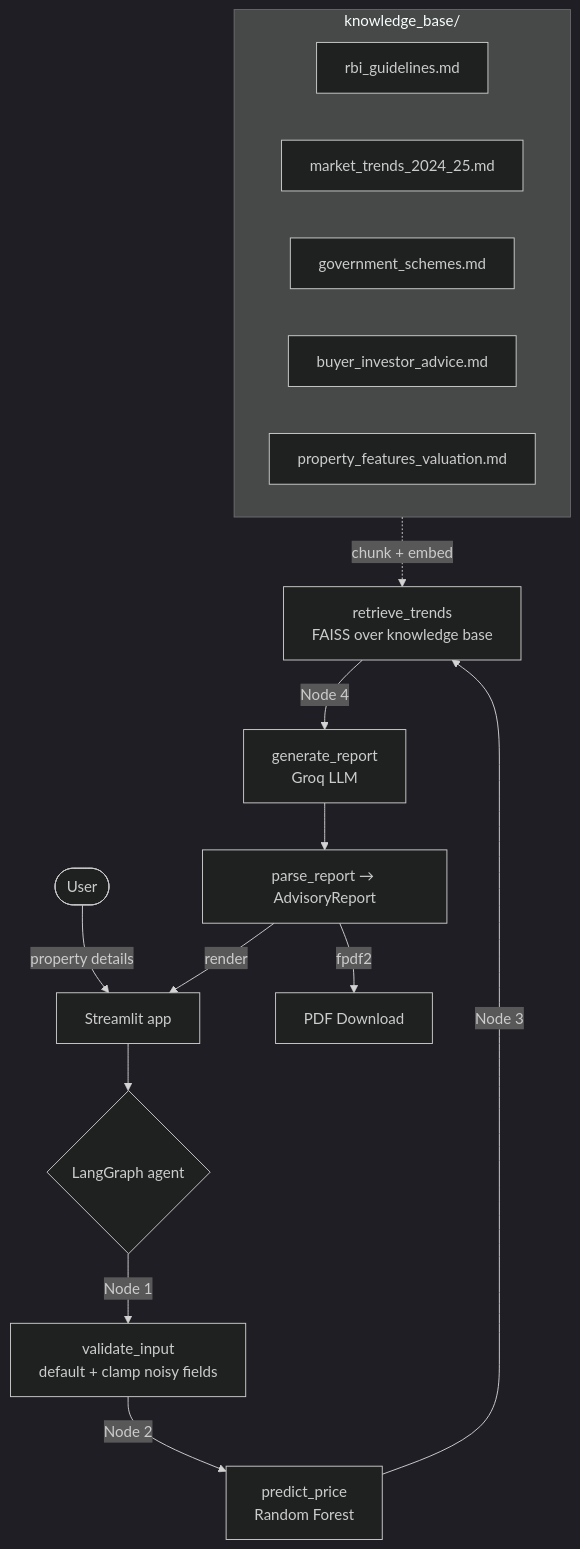
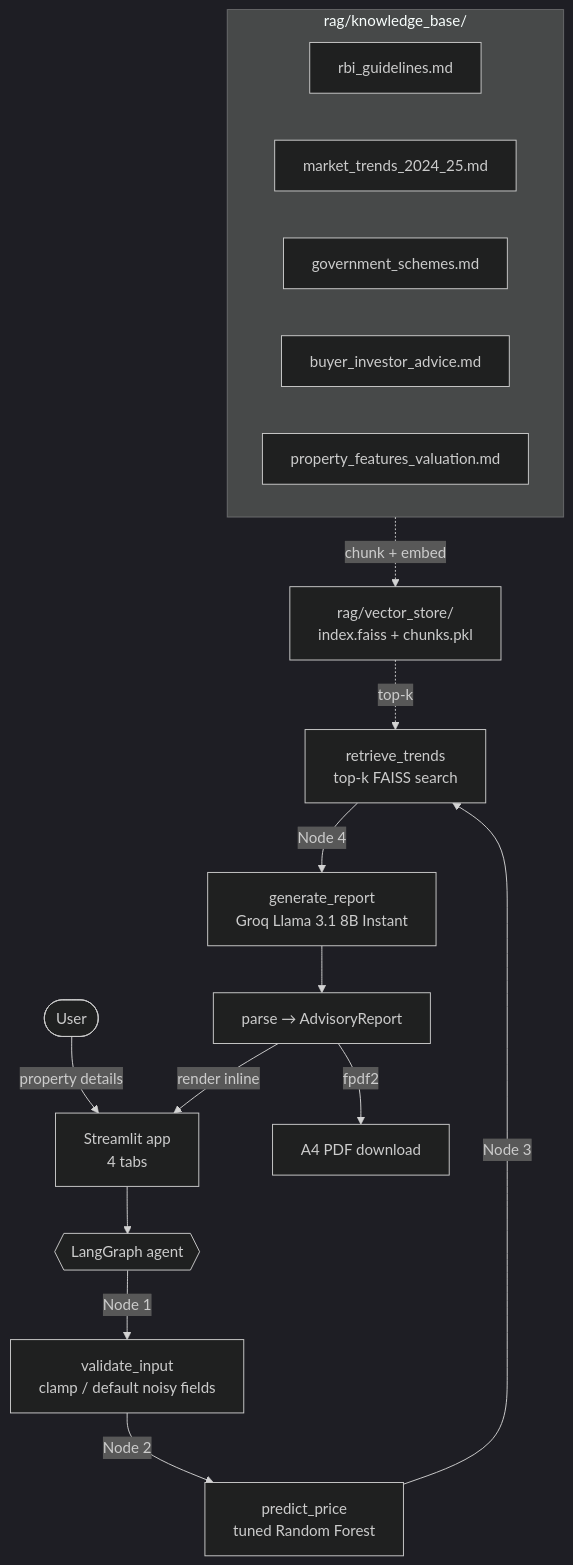
The diagram in README.md (Lex-Ashu/estate-intelligence), drawn with Mermaid (dark theme) before and after one commit. The commit also changed other lines of this file, not shown here.

````diff
--- a/README.md
+++ b/README.md
@@ -16,21 +18,22 @@
 ```mermaid
 graph TD
-    U([User]) -->|property details| UI[Streamlit app]
-    UI --> G{LangGraph agent}
-    G -->|Node 1| V[validate_input<br/>default + clamp noisy fields]
-    V -->|Node 2| P[predict_price<br/>Random Forest]
-    P -->|Node 3| R[retrieve_trends<br/>FAISS over knowledge base]
-    R -->|Node 4| L[generate_report<br/>Groq LLM]
-    L --> PA[parse_report → AdvisoryReport]
-    PA -->|render| UI
-    PA -->|fpdf2| PDF[PDF Download]
+    U([User]) -->|property details| UI[Streamlit app<br/>4 tabs]
+    UI --> G{{LangGraph agent}}
+    G -->|Node 1| V[validate_input<br/>clamp / default noisy fields]
+    V -->|Node 2| P[predict_price<br/>tuned Random Forest]
+    P -->|Node 3| R[retrieve_trends<br/>top-k FAISS search]
+    R -->|Node 4| L[generate_report<br/>Groq Llama 3.1 8B Instant]
+    L --> PA[parse → AdvisoryReport]
+    PA -->|render inline| UI
+    PA -->|fpdf2| PDF[A4 PDF download]
 
-    subgraph KB[knowledge_base/]
+    subgraph KB[rag/knowledge_base/]
       K1[rbi_guidelines.md]
       K2[market_trends_2024_25.md]
       K3[government_schemes.md]
       K4[buyer_investor_advice.md]
       K5[property_features_valuation.md]
     end
-    KB -.chunk + embed.-> R
+    KB -.chunk + embed.-> VS[rag/vector_store/<br/>index.faiss + chunks.pkl]
+    VS -.top-k.-> R
 ```
````
